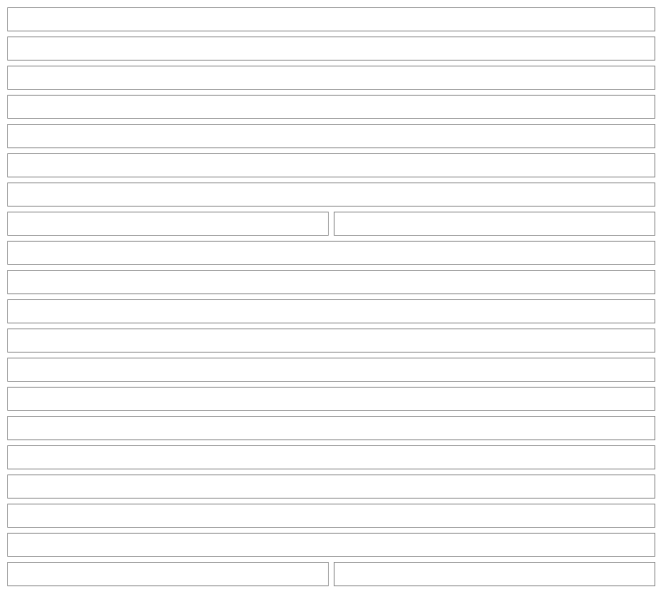
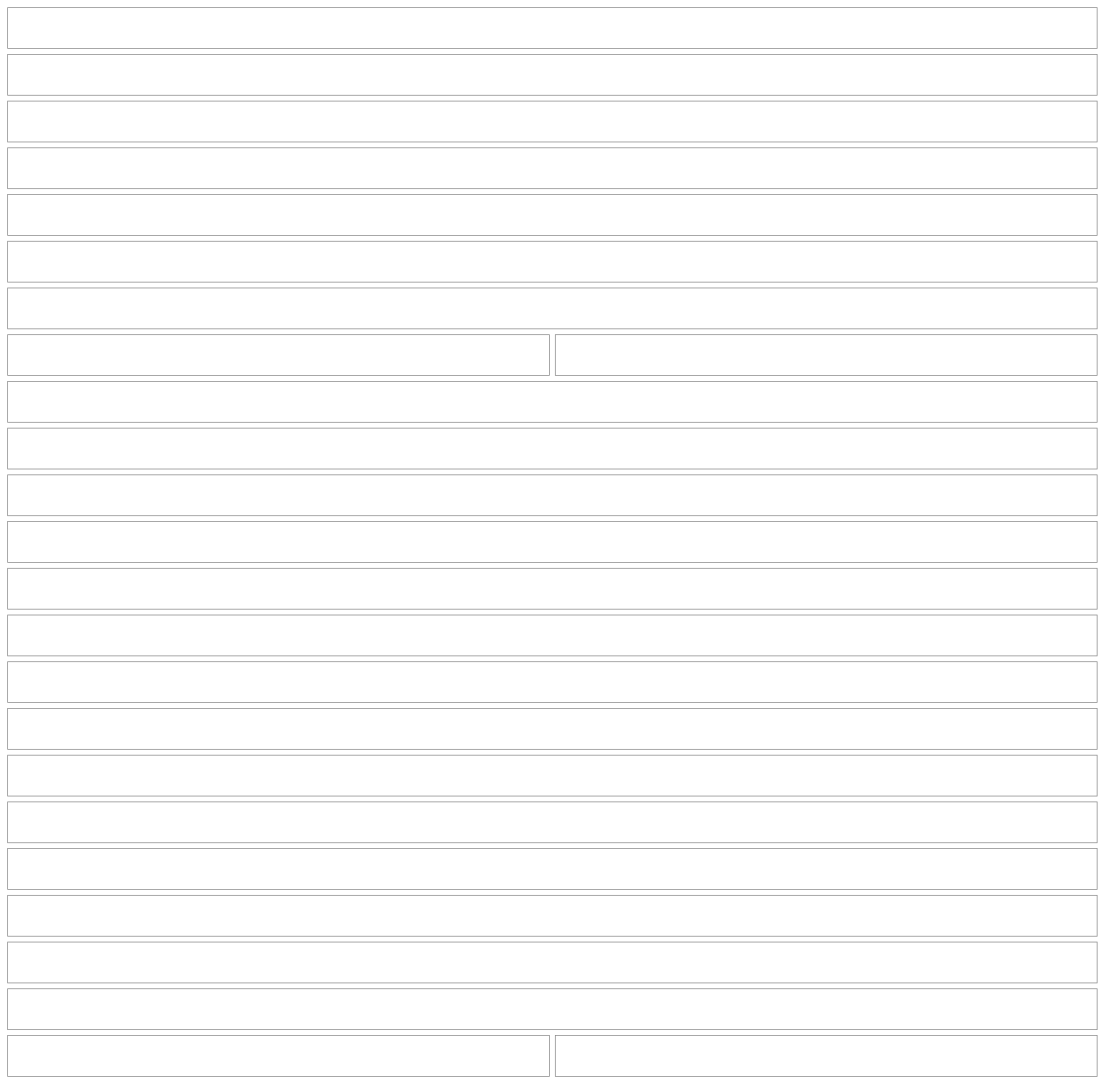
Diagram 20 of 54 in src/apps/pinch/UX.md (NovaMoonX/moondreams-dev-apps), drawn with Mermaid before and after one commit. The commit also changed other lines of this file and 163 other files, not shown here.

````diff
--- a/src/apps/pinch/UX.md
+++ b/src/apps/pinch/UX.md
@@ -677,49 +663,55 @@
 ```mermaid
 %%{init: {'theme': 'base', 'themeVariables': {'primaryColor': 'transparent', 'primaryBorderColor': '#888888', 'primaryTextColor': '#333333', 'lineColor': '#888888'}}}%%
 block-beta
   columns 2
   T1["Adobo chicken"]:2
-  T2["🍽️ 4 servings · 🔪 Prep 10 min · ⏲️ Cook 35 min · 📖 From Serious Eats · ✏️ Last tweaked Oct 6 (only once a tweak exists)"]:2
-  T3["✅ Cooked 3 times · last Oct 12 (only once it has been cooked)"]:2
-  T4["Cost $12.80 ⚠ · $3.20 per serving"]:2
-  T5["🔥 495 · 💪 61g · 🌾 3g · 🥑 25g (when on)"]:2
-  T6["2 ingredients need a price · Add prices   ✕"]:2
-  T7["INGREDIENTS 6"]:2
-  T8["Chicken thighs"]:1
+  T1a["From Serious Eats  (a quiet underlined link under the title; shows the recipes from there)"]:2
+  T1b["Sticky, tangy chicken thighs braised in soy and vinegar. (two lines, More)"]:2
+  T2["4 servings · 45 min · $3.20+ per serving ⚠  (the cost only once something is priced)"]:2
+  T3["✅ Cooked 3 times, last Oct 12 ›  ·  🥛 5 servings in the fridge [Eat by tomorrow] / ❄️ 5 servings in the freezer ›  ·  📝 Last time: double the garlic… ›  (one tinted block, a row each, only when there is something in it)"]:2
+  T3d["Plan it / Start cooking · I cooked this · Shopping list · Put away (chips)"]:2
+  T7["INGREDIENTS (a count only past ten)"]:2
+  T8["Chicken thighs<br/>No price yet (only in a partly priced recipe)"]:1
   T9["2 lb"]:1
+  T4["$12.80 so far · Cost · For 4 servings (no tile while nothing is priced)"]:2
+  T5["Per serving 🔥 495 · 💪 61g (when on)"]:2
+  T6["Lime juice and 3 more need a price · Add prices   Not now"]:2
   T10["STEPS"]:2
   T11["1. Marinate the chicken…"]:2
   C1["KEEPING IT (only when there is something to say)"]:2
-  C2["🧊 Keeps 3 days in the fridge · ❄️ Keeps 3 months in the freezer"]:2
+  C2["🥛 Keeps 3 days in the fridge · ❄️ Keeps 3 months in the freezer"]:2
   C3["♨️ Reheat: warm it in a covered pan… · 💡 the tip, in your words"]:2
-  N1["NOTES 3"]:2
+  N1["NOTES (a count only past ten or while some are folded)"]:2
   N2["Add a note · Something to remember next time"]:2
-  N3["Oct 11 · Edit · After cooking on Oct 11 · Much better with less vinegar… (More)"]:2
+  N3["Oct 11 · Edit · After cooking on Oct 11 · Much better with less vinegar… (More) · Apply to the recipe"]:2
   N4["Changed on Oct 6 · Tweak · Edit · You changed: White vinegar 0.5 → 0.25 cup · the why"]:2
   N5["Sep 30 · Edit · Mom says a splash of… · Written before your Oct 6 tweak"]:2
   N6["Show 7 more (past five entries, when more than three would hide)"]:2
   T12["Modify"]:1
-  T13["Add to calendar"]:1
+  T13["Plan it (Start cooking when it is on today's plan)"]:1
   style T1 fill:transparent,stroke:#888888,stroke-width:1px;
+  style T1a fill:transparent,stroke:#888888,stroke-width:1px;
+  style T1b fill:transparent,stroke:#888888,stroke-width:1px;
   style T2 fill:transparent,stroke:#888888,stroke-width:1px;
   style T3 fill:transparent,stroke:#888888,stroke-width:1px;
+  style T3d fill:transparent,stroke:#888888,stroke-width:1px;
   style T4 fill:transparent,stroke:#888888,stroke-width:1px;
   style T5 fill:transparent,stroke:#888888,stroke-width:1px;
   style T6 fill:transparent,stroke:#888888,stroke-width:1px;
   style T7 fill:transparent,stroke:#888888,stroke-width:1px;
   style T8 fill:transparent,stroke:#888888,stroke-width:1px;
   style T9 fill:transparent,stroke:#888888,stroke-width:1px;
   style T10 fill:transparent,stroke:#888888,stroke-width:1px;
   style T11 fill:transparent,stroke:#888888,stroke-width:1px;
   style C1 fill:transparent,stroke:#888888,stroke-width:1px;
   style C2 fill:transparent,stroke:#888888,stroke-width:1px;
   style C3 fill:transparent,stroke:#888888,stroke-width:1px;
   style T12 fill:transparent,stroke:#888888,stroke-width:1px;
   style T13 fill:transparent,stroke:#888888,stroke-width:1px;
   style N1 fill:transparent,stroke:#888888,stroke-width:1px;
   style N2 fill:transparent,stroke:#888888,stroke-width:1px;
   style N3 fill:transparent,stroke:#888888,stroke-width:1px;
   style N4 fill:transparent,stroke:#888888,stroke-width:1px;
   style N5 fill:transparent,stroke:#888888,stroke-width:1px;
   style N6 fill:transparent,stroke:#888888,stroke-width:1px;
 ```
````
